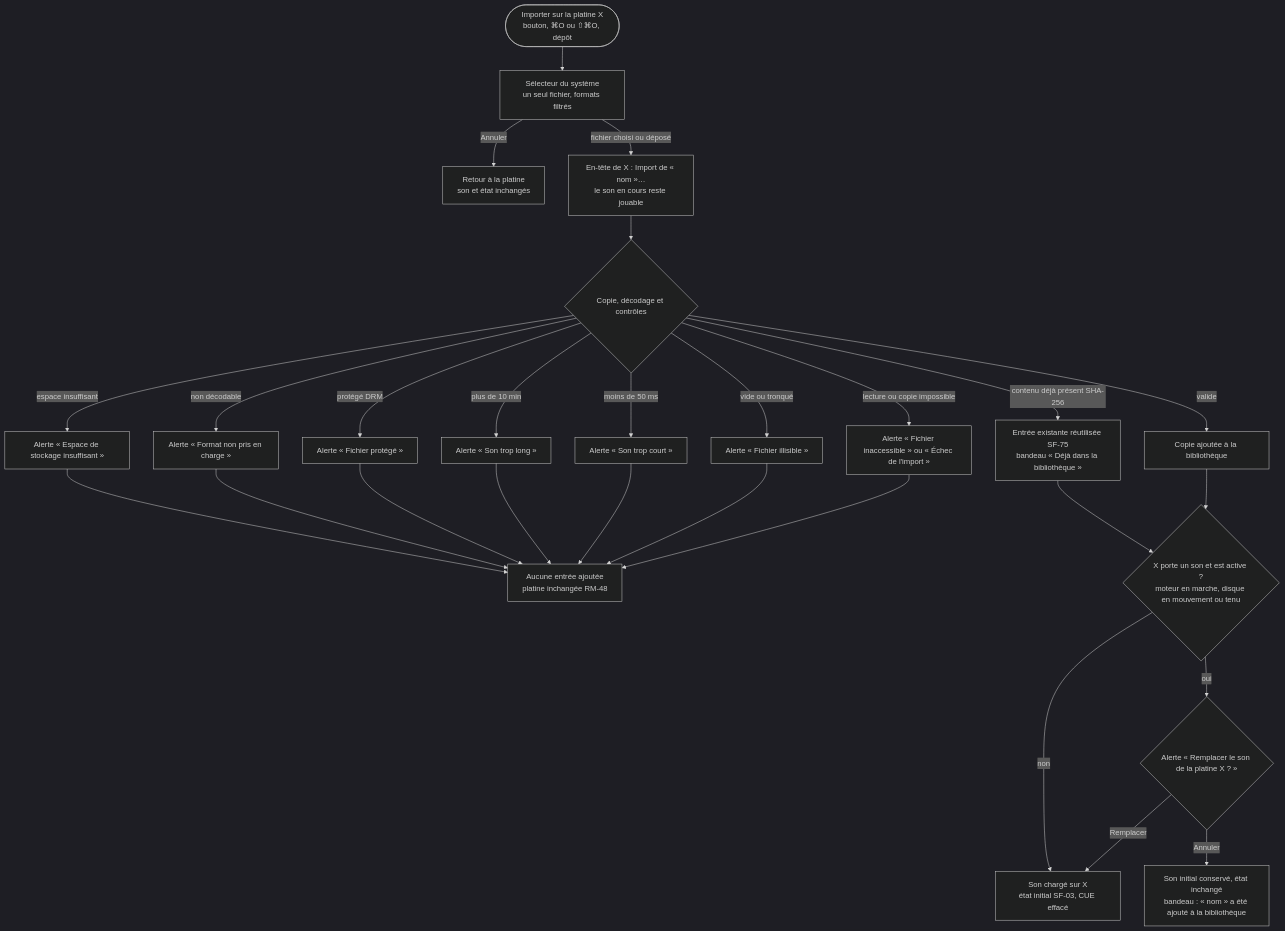
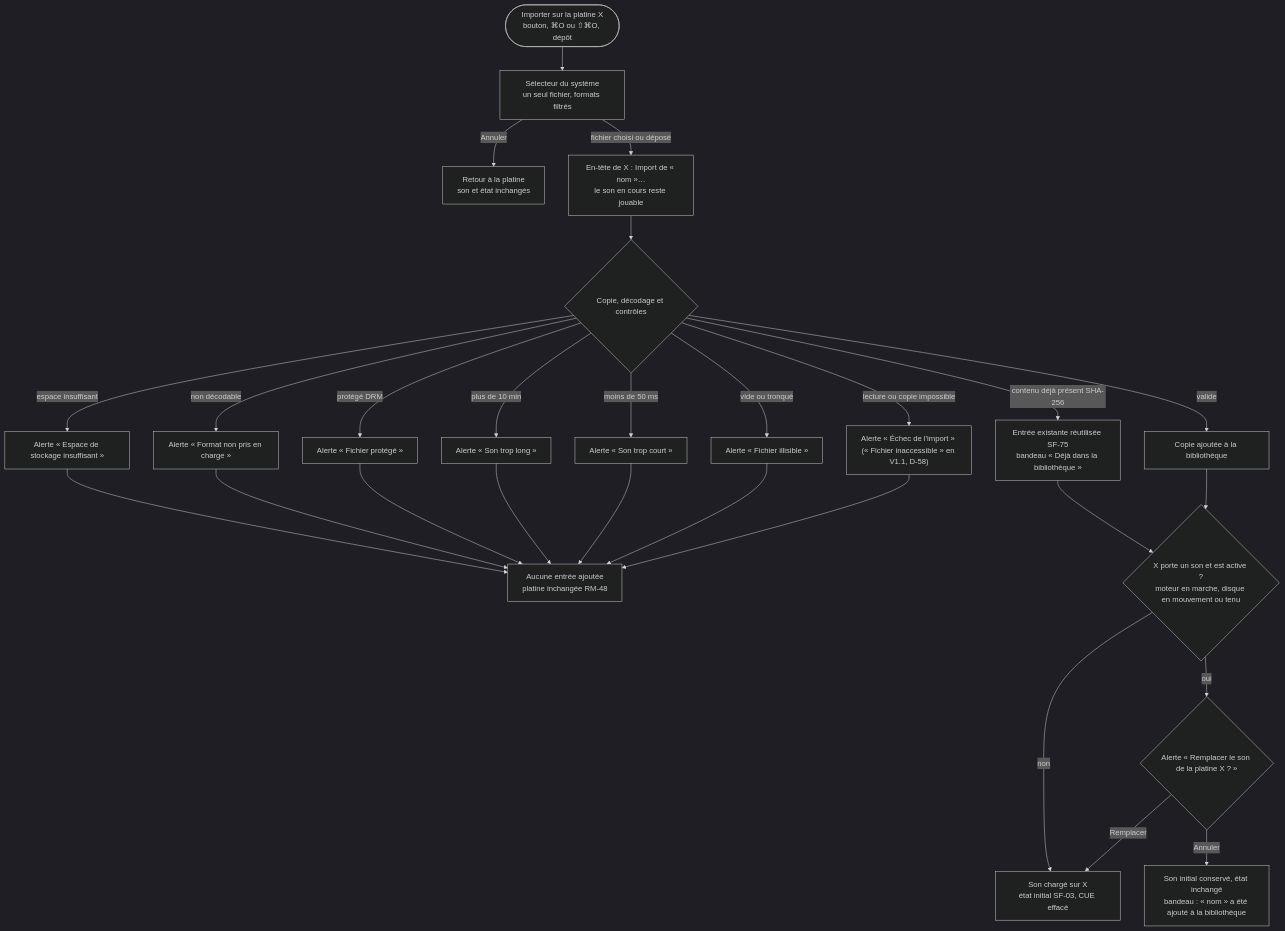
Before and after one commit to fatahbenguenna/scratchApp: the third of 7 diagrams in docs/bmad/front-end-spec.md, drawn with Mermaid (dark theme). The commit also changed other lines of this file and 4 other files, not shown here.

First line of the commit message:
docs(po): D-57 à D-59 (correction de D-56, « Fichier inaccessible », ordre de tabulation) (#128)

````diff
--- a/docs/bmad/front-end-spec.md
+++ b/docs/bmad/front-end-spec.md
@@ -186,29 +187,29 @@
 ```mermaid
 flowchart TD
     start(["Importer sur la platine X<br/>bouton, ⌘O ou ⇧⌘O, dépôt"]) --> picker["Sélecteur du système<br/>un seul fichier, formats filtrés"]
     picker -->|Annuler| unchanged["Retour à la platine<br/>son et état inchangés"]
     picker -->|fichier choisi ou déposé| busy["En-tête de X : Import de « nom »…<br/>le son en cours reste jouable"]
     busy --> checks{"Copie, décodage et contrôles"}
     checks -->|espace insuffisant| eSpace["Alerte « Espace de stockage insuffisant »"]
     checks -->|non décodable| eFormat["Alerte « Format non pris en charge »"]
     checks -->|protégé DRM| eDrm["Alerte « Fichier protégé »"]
     checks -->|plus de 10 min| eLong["Alerte « Son trop long »"]
     checks -->|moins de 50 ms| eShort["Alerte « Son trop court »"]
     checks -->|vide ou tronqué| eCorrupt["Alerte « Fichier illisible »"]
-    checks -->|lecture ou copie impossible| eCopy["Alerte « Fichier inaccessible » ou « Échec de l'import »"]
+    checks -->|lecture ou copie impossible| eCopy["Alerte « Échec de l'import » (« Fichier inaccessible » en V1.1, D-58)"]
     eSpace --> noEntry["Aucune entrée ajoutée<br/>platine inchangée RM-48"]
     eFormat --> noEntry
     eDrm --> noEntry
     eLong --> noEntry
     eShort --> noEntry
     eCorrupt --> noEntry
     eCopy --> noEntry
     checks -->|contenu déjà présent SHA-256| dedup["Entrée existante réutilisée SF-75<br/>bandeau « Déjà dans la bibliothèque »"]
     checks -->|valide| added["Copie ajoutée à la bibliothèque"]
     dedup --> active{"X porte un son et est active ?<br/>moteur en marche, disque en mouvement ou tenu"}
     added --> active
     active -->|non| load["Son chargé sur X<br/>état initial SF-03, CUE effacé"]
     active -->|oui| confirm{"Alerte « Remplacer le son de la platine X ? »"}
     confirm -->|Remplacer| load
     confirm -->|Annuler| kept["Son initial conservé, état inchangé<br/>bandeau : « nom » a été ajouté à la bibliothèque"]
 ```
````
